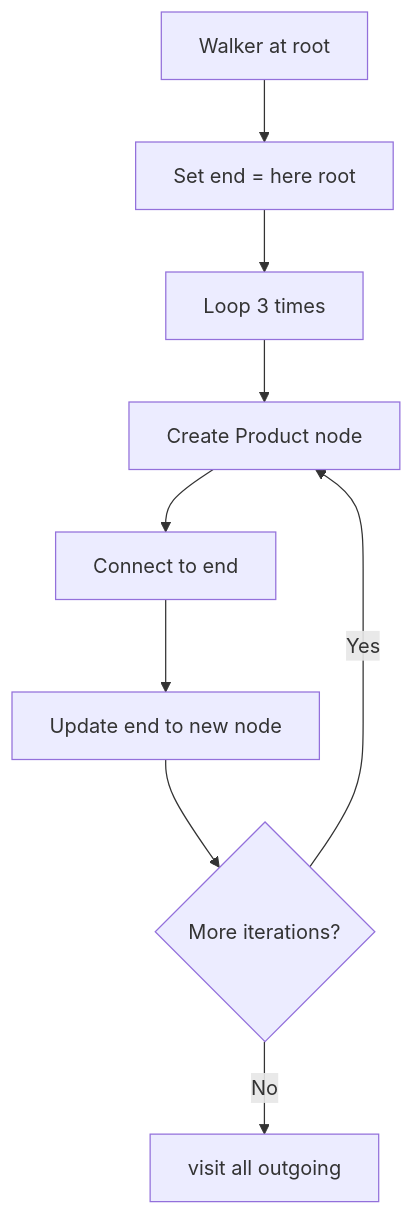
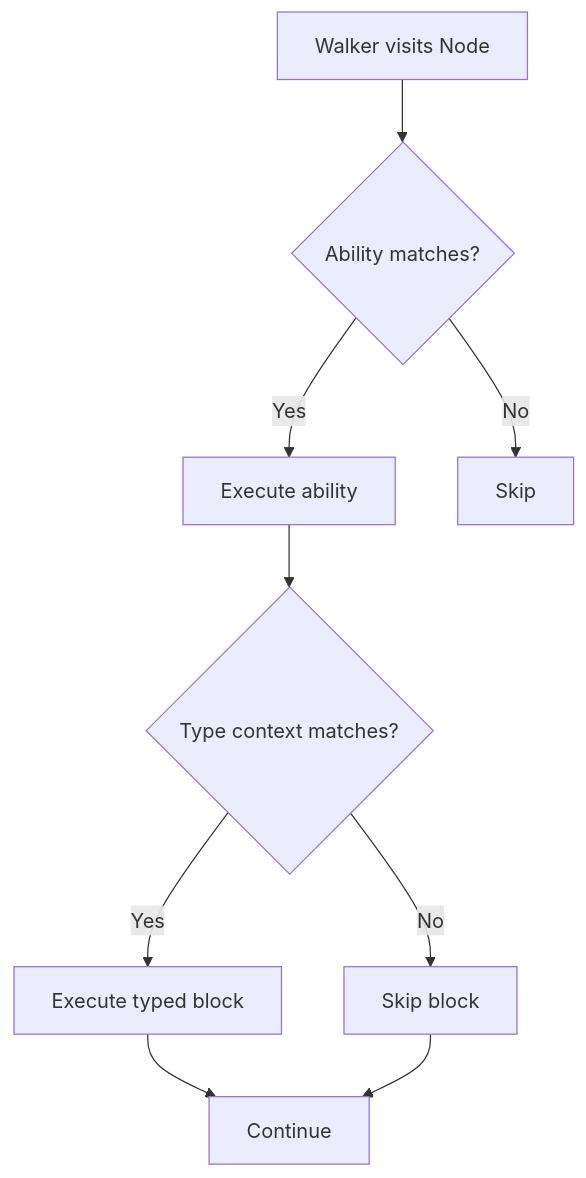
The diagram in jac/examples/reference/typed_context_blocks_(osp).md (Gorgeous-Patrick/jaseci), drawn with Mermaid before and after one commit. The commit also changed other lines of this file and 7 other files, not shown here.

````diff
--- a/jac/examples/reference/typed_context_blocks_(osp).md
+++ b/jac/examples/reference/typed_context_blocks_(osp).md
@@ -44,11 +79,11 @@
 ```mermaid
 graph TD
-    A[Walker at root] --> B[Set end = here root]
-    B --> C[Loop 3 times]
-    C --> D[Create Product node]
-    D --> E[Connect to end]
-    E --> F[Update end to new node]
-    F --> G{More iterations?}
-    G -->|Yes| D
-    G -->|No| H[visit all outgoing]
+    A[Walker visits Node] --> B{Ability matches?}
+    B -->|Yes| C[Execute ability]
+    B -->|No| D[Skip]
+    C --> E{Type context matches?}
+    E -->|Yes| F[Execute typed block]
+    E -->|No| G[Skip block]
+    F --> H[Continue]
+    G --> H
 ```
````
